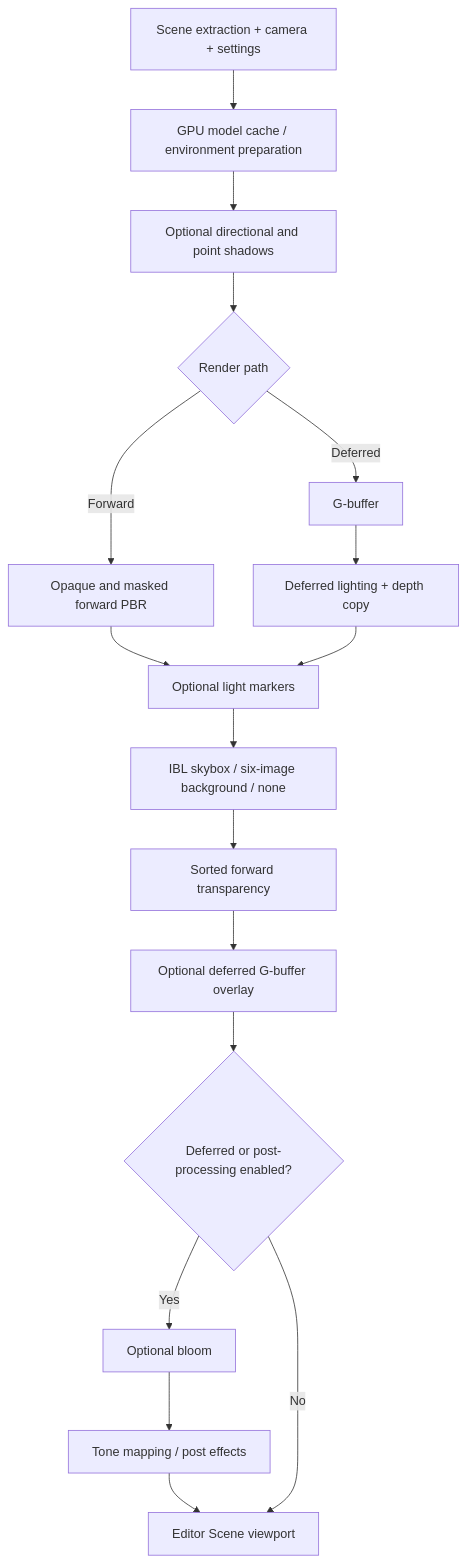
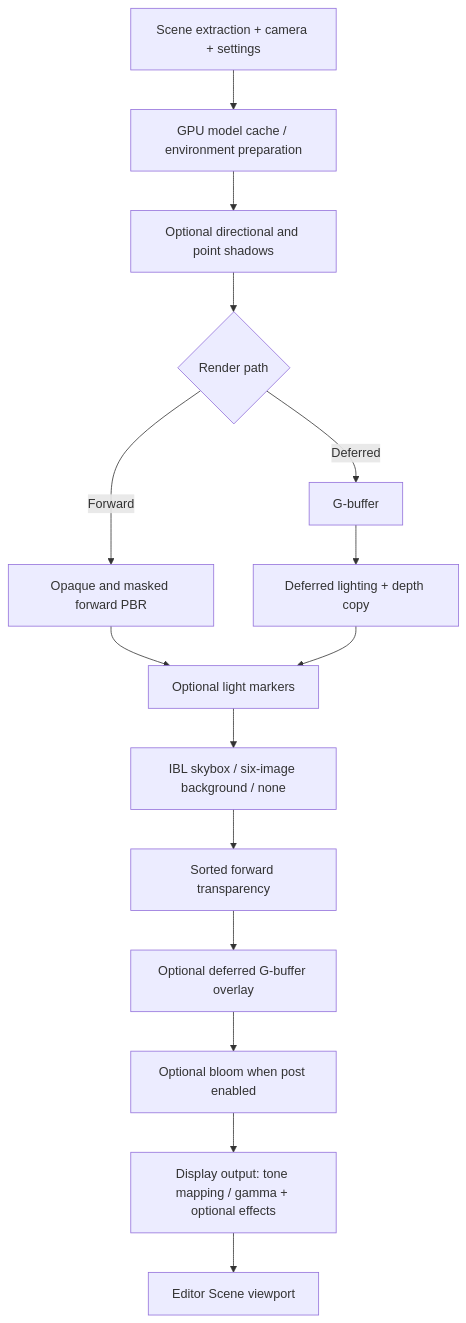
Before and after one commit to kazum1-hp/hpRenderer: the diagram in README.md, drawn with Mermaid. The commit also changed other lines of this file and 32 other files, not shown here.

````diff
--- a/README.md
+++ b/README.md
@@ -77,19 +77,17 @@
 ```mermaid
 flowchart TD
     Input[Scene extraction + camera + settings] --> Prepare[GPU model cache / environment preparation]
     Prepare --> Shadows[Optional directional and point shadows]
     Shadows --> Path{Render path}
     Path -->|Forward| Forward[Opaque and masked forward PBR]
     Path -->|Deferred| GBuffer[G-buffer]
     GBuffer --> Lighting[Deferred lighting + depth copy]
     Forward --> Markers[Optional light markers]
     Lighting --> Markers
     Markers --> Sky[IBL skybox / six-image background / none]
     Sky --> Transparent[Sorted forward transparency]
     Transparent --> Debug[Optional deferred G-buffer overlay]
-    Debug --> Post{Deferred or post-processing enabled?}
-    Post -->|Yes| Bloom[Optional bloom]
-    Bloom --> Tone[Tone mapping / post effects]
+    Debug --> Bloom[Optional bloom when post enabled]
+    Bloom --> Tone[Display output: tone mapping / gamma + optional effects]
     Tone --> View[Editor Scene viewport]
-    Post -->|No| View
 ```
````
